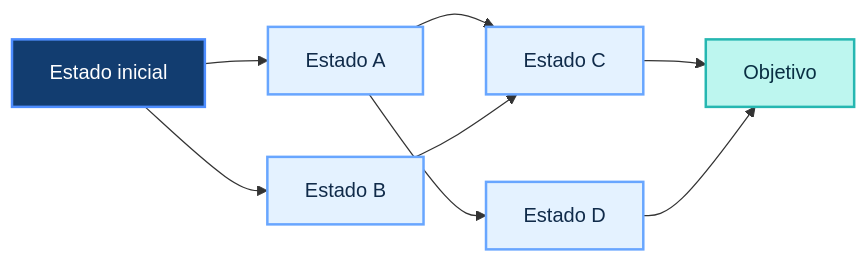
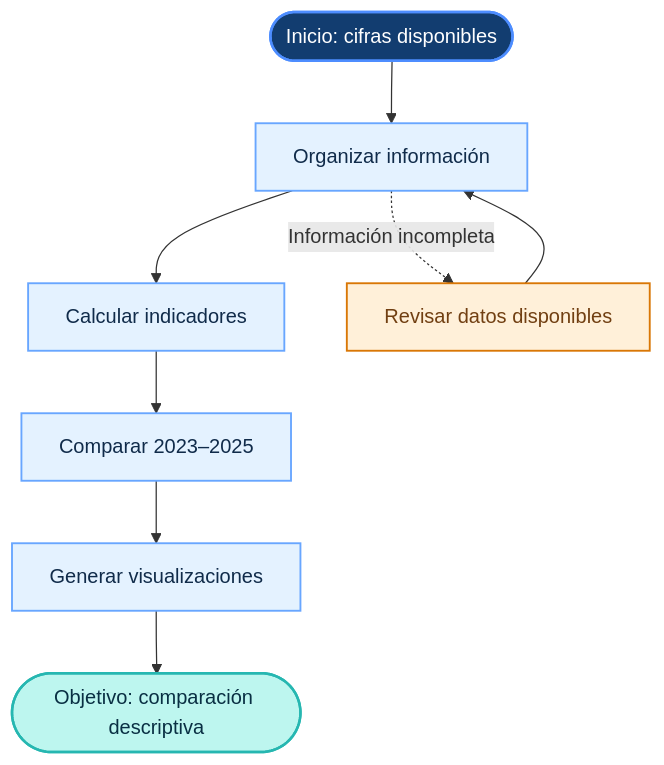
The first of 2 diagrams in README.md (ClxNode/challenge-2-analisis-iras-peru), drawn with Mermaid before and after one commit. The commit also changed other lines of this file, not shown here.

````diff
--- a/README.md
+++ b/README.md
@@ -176,16 +106,19 @@
 ```mermaid
-flowchart LR
-    S["Estado inicial"] --> A["Estado A"]
-    S --> B["Estado B"]
-    A --> C["Estado C"]
-    B --> C
-    A --> D["Estado D"]
-    C --> G["Objetivo"]
-    D --> G
+flowchart TD
+    S(["Inicio: cifras disponibles"]) --> A["Organizar información"]
+    A --> B["Calcular indicadores"]
+    B --> C["Comparar 2023–2025"]
+    C --> D["Generar visualizaciones"]
+    D --> G(["Objetivo: comparación descriptiva"])
+    A -. "Información incompleta" .-> R["Revisar datos disponibles"]
+    R --> A
+
     classDef start fill:#123D70,color:#FFFFFF,stroke:#4D8DFF,stroke-width:2px;
-    classDef state fill:#E4F2FF,color:#102B4A,stroke:#68A6FF,stroke-width:2px;
+    classDef process fill:#E4F2FF,color:#102B4A,stroke:#68A6FF,stroke-width:1.5px;
     classDef goal fill:#BDF6EF,color:#092F43,stroke:#26B7B1,stroke-width:2px;
+    classDef review fill:#FFF0D9,color:#713F12,stroke:#D97706,stroke-width:1.5px;
     class S start;
-    class A,B,C,D state;
+    class A,B,C,D process;
     class G goal;
+    class R review;
 ```
````
